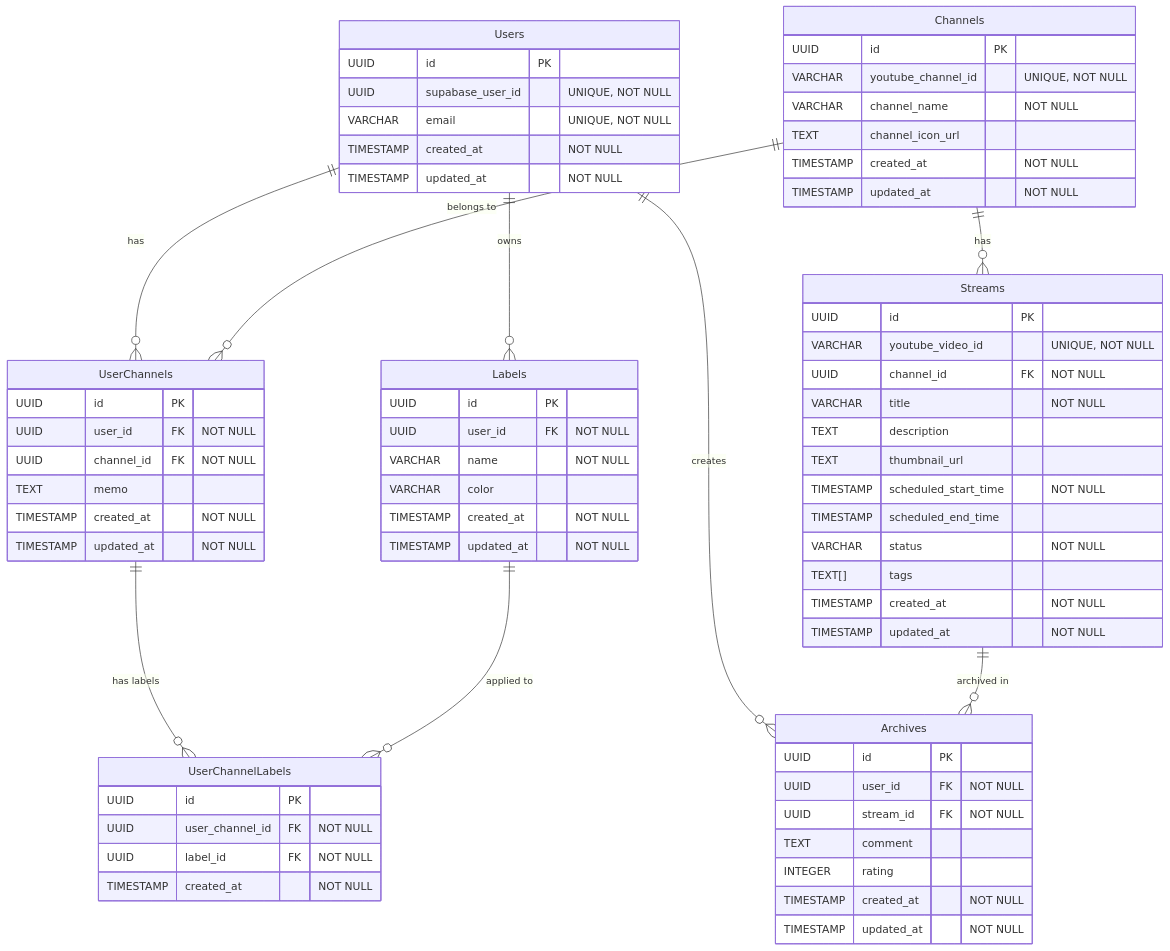
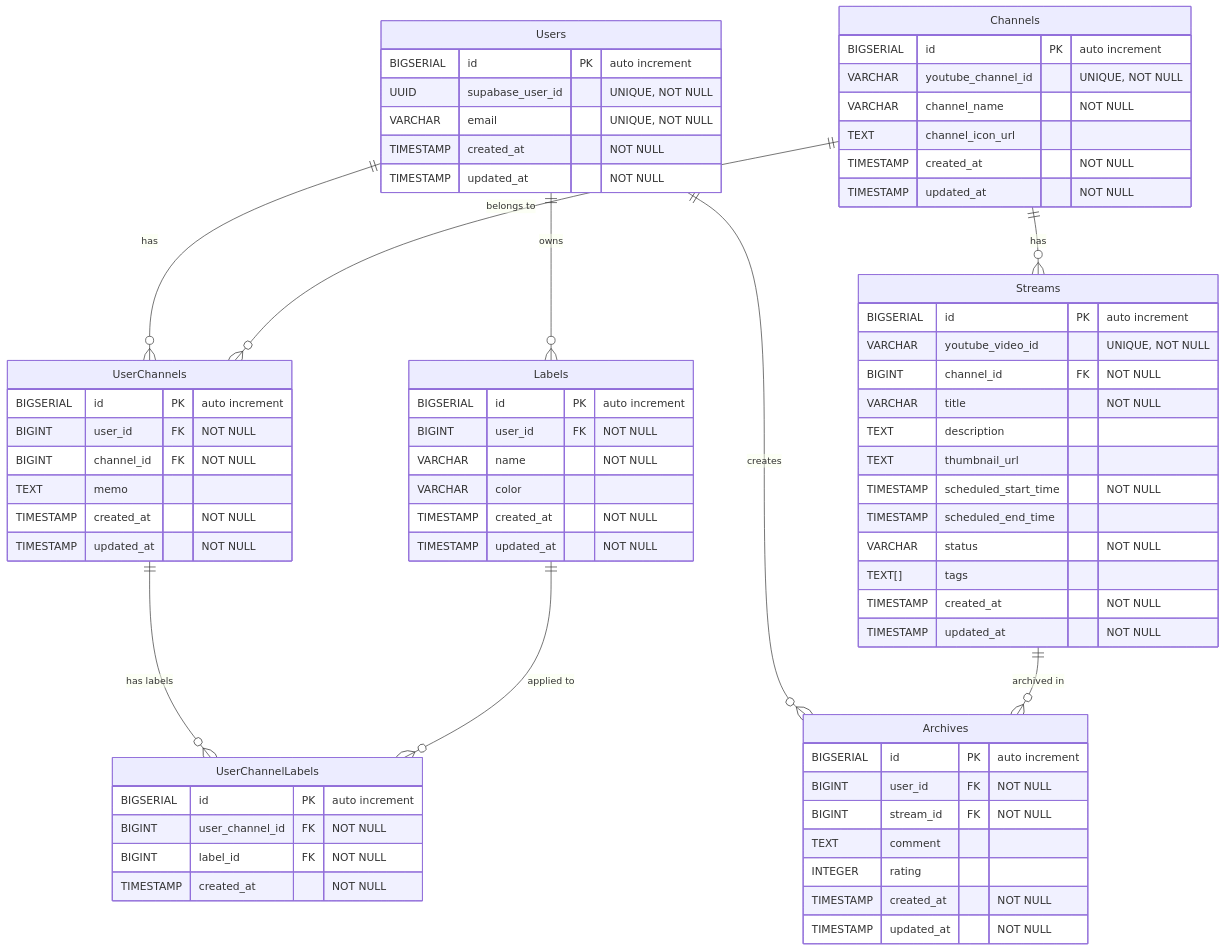
One commit to so-ota-biz/portfolio-draft-v1 changed the second of 3 diagrams in docs/requirements.md. Above: the diagram before and after it, drawn with Mermaid. The commit also changed other lines of this file, not shown here.

````diff
--- a/docs/requirements.md
+++ b/docs/requirements.md
@@ -509,79 +509,79 @@
 ```mermaid
 erDiagram
     Users ||--o{ UserChannels : "has"
     Channels ||--o{ UserChannels : "belongs to"
     Channels ||--o{ Streams : "has"
     Users ||--o{ Archives : "creates"
     Streams ||--o{ Archives : "archived in"
     Users ||--o{ Labels : "owns"
     UserChannels ||--o{ UserChannelLabels : "has labels"
     Labels ||--o{ UserChannelLabels : "applied to"
 
     Users {
-        UUID id PK
+        BIGSERIAL id PK "auto increment"
         UUID supabase_user_id "UNIQUE, NOT NULL"
         VARCHAR email "UNIQUE, NOT NULL"
         TIMESTAMP created_at "NOT NULL"
         TIMESTAMP updated_at "NOT NULL"
     }
 
     Channels {
-        UUID id PK
+        BIGSERIAL id PK "auto increment"
         VARCHAR youtube_channel_id "UNIQUE, NOT NULL"
         VARCHAR channel_name "NOT NULL"
         TEXT channel_icon_url
         TIMESTAMP created_at "NOT NULL"
         TIMESTAMP updated_at "NOT NULL"
     }
 
     UserChannels {
-        UUID id PK
-        UUID user_id FK "NOT NULL"
-        UUID channel_id FK "NOT NULL"
+        BIGSERIAL id PK "auto increment"
+        BIGINT user_id FK "NOT NULL"
+        BIGINT channel_id FK "NOT NULL"
         TEXT memo
         TIMESTAMP created_at "NOT NULL"
         TIMESTAMP updated_at "NOT NULL"
     }
 
     Streams {
-        UUID id PK
+        BIGSERIAL id PK "auto increment"
         VARCHAR youtube_video_id "UNIQUE, NOT NULL"
-        UUID channel_id FK "NOT NULL"
+        BIGINT channel_id FK "NOT NULL"
         VARCHAR title "NOT NULL"
         TEXT description
         TEXT thumbnail_url
         TIMESTAMP scheduled_start_time "NOT NULL"
         TIMESTAMP scheduled_end_time
         VARCHAR status "NOT NULL"
         TEXT[] tags
         TIMESTAMP created_at "NOT NULL"
         TIMESTAMP updated_at "NOT NULL"
     }
 
     Archives {
-        UUID id PK
-        UUID user_id FK "NOT NULL"
-        UUID stream_id FK "NOT NULL"
+        BIGSERIAL id PK "auto increment"
+        BIGINT user_id FK "NOT NULL"
+        BIGINT stream_id FK "NOT NULL"
         TEXT comment
         INTEGER rating
         TIMESTAMP created_at "NOT NULL"
         TIMESTAMP updated_at "NOT NULL"
     }
 
     Labels {
-        UUID id PK
-        UUID user_id FK "NOT NULL"
+        BIGSERIAL id PK "auto increment"
+        BIGINT user_id FK "NOT NULL"
         VARCHAR name "NOT NULL"
         VARCHAR color
         TIMESTAMP created_at "NOT NULL"
         TIMESTAMP updated_at "NOT NULL"
     }
 
     UserChannelLabels {
-        UUID id PK
-        UUID user_channel_id FK "NOT NULL"
-        UUID label_id FK "NOT NULL"
+        BIGSERIAL id PK "auto increment"
+        BIGINT user_channel_id FK "NOT NULL"
+        BIGINT label_id FK "NOT NULL"
         TIMESTAMP created_at "NOT NULL"
     }
     
 ```
````
